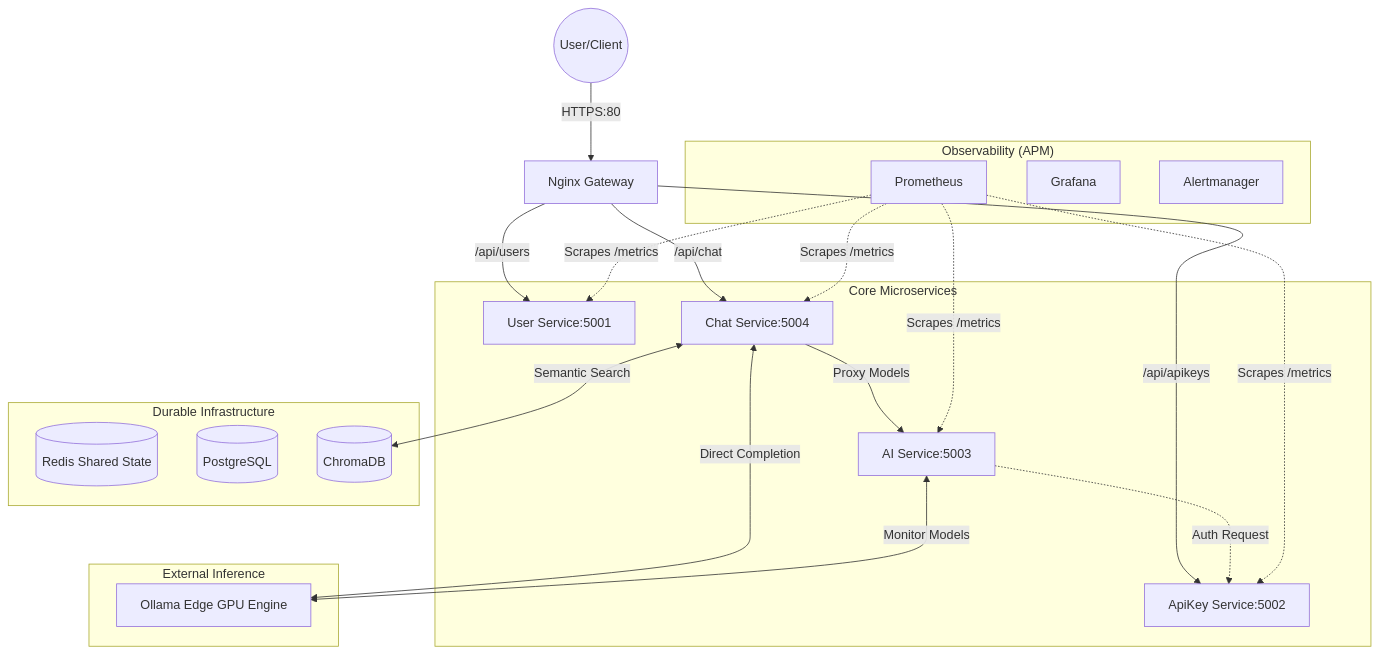
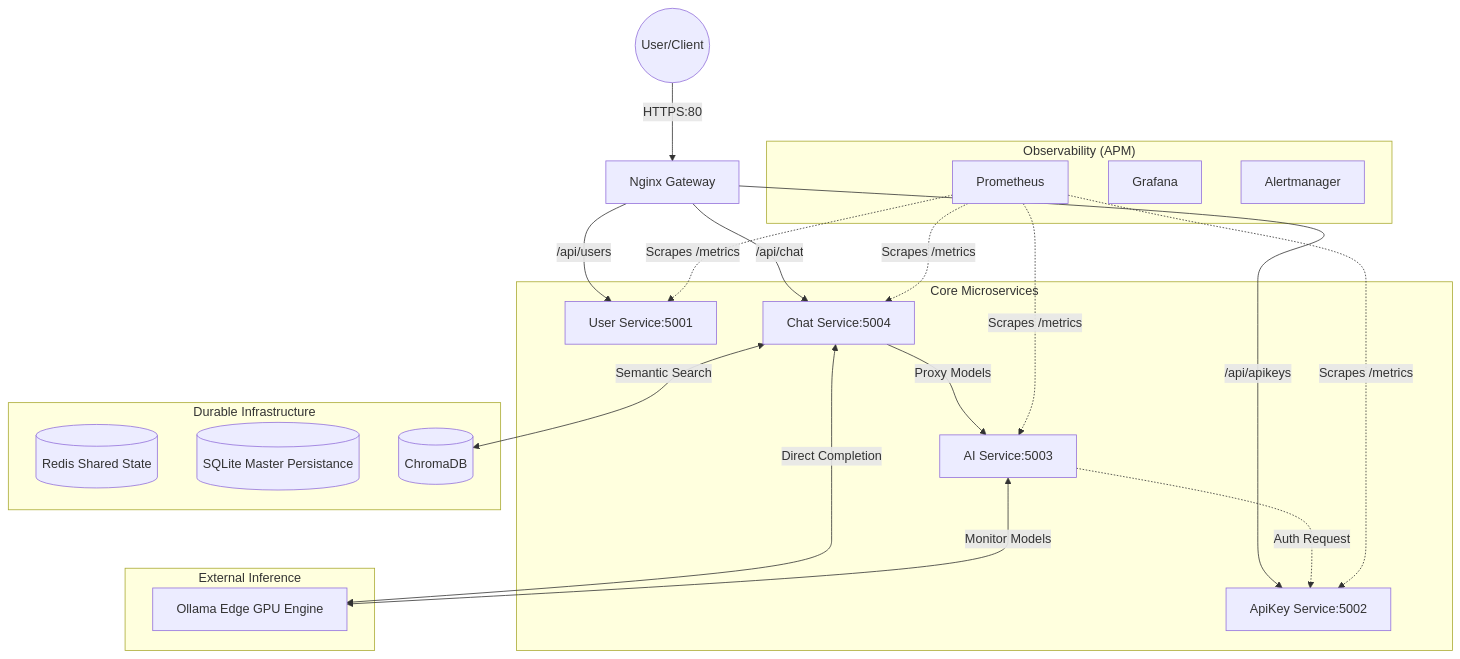
The diagram in README.md (msivanesan/LLM-Orchestrator), drawn with Mermaid before and after one commit. The commit also changed other lines of this file and 5 other files, not shown here.

````diff
--- a/README.md
+++ b/README.md
@@ -16,48 +16,48 @@
 ```mermaid
 graph TD
     %% Entry Points
     User((User/Client)) -->|HTTPS:80| GW[Nginx Gateway]
     
     subgraph "Core Microservices"
         US[User Service:5001]
         AS[ApiKey Service:5002]
         AI[AI Service:5003]
         CS[Chat Service:5004]
     end
 
     subgraph "Durable Infrastructure"
         R[(Redis Shared State)]
-        DB[(PostgreSQL)]
+        DB[(SQLite Master Persistance)]
         VC[(ChromaDB)]
     end
 
     subgraph "Observability (APM)"
         PR[Prometheus]
         GR[Grafana]
         AM[Alertmanager]
     end
 
     subgraph "External Inference"
         OL[Ollama Edge GPU Engine]
     end
 
     %% Flow logic
     GW -->|/api/users| US
     GW -->|/api/apikeys| AS
     GW -->|/api/chat| CS
     
     %% AI / Chat Logic
     CS <-->|Semantic Search| VC
     CS -->|Proxy Models| AI
     CS <-->|Direct Completion| OL
     AI <-->|Monitor Models| OL
     
     %% Auth Sidecar Logic
     AI -.->|Auth Request| AS
     
     %% Metrics
     PR -.->|Scrapes /metrics| US
     PR -.->|Scrapes /metrics| AS
     PR -.->|Scrapes /metrics| CS
     PR -.->|Scrapes /metrics| AI
 ```
````
